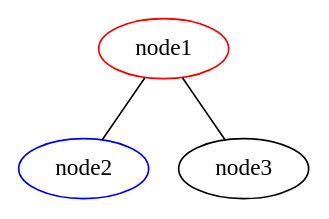
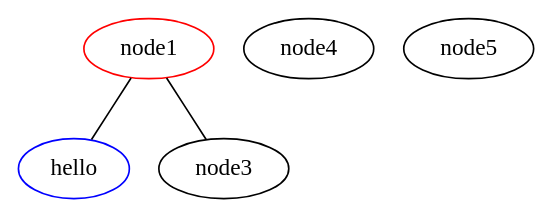
Before and after one commit to acachadina/6CCS3MDE_Coursework: the diagram in 2021-dot-runtime/TestDot/src/test.dot, drawn with Graphviz. The commit also changed 20 other files, not shown here.

```diff
--- a/2021-dot-runtime/TestDot/src/test.dot
+++ b/2021-dot-runtime/TestDot/src/test.dot
@@ -1,8 +1,10 @@
 graph anna {
-	node1 [color=red, label=node1]
-	node2 [color=blue, label=node2]
-	node3
+	node1 [color = red, label=node1]
+	node2 [color=blue, marta=hola, label=hello]
+	node3 
+	node4
+	node5
 	
 	node1--node2
 	node1--node3
 }
```
